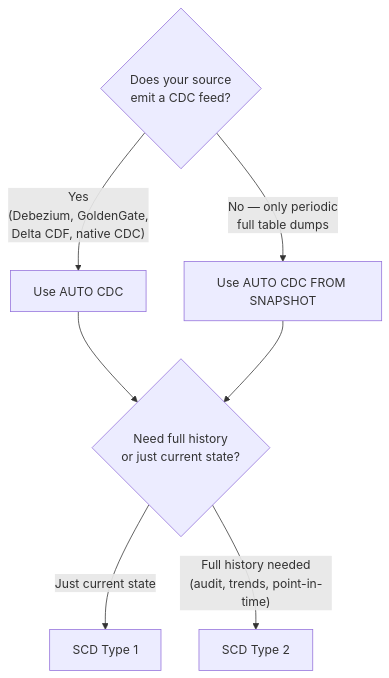
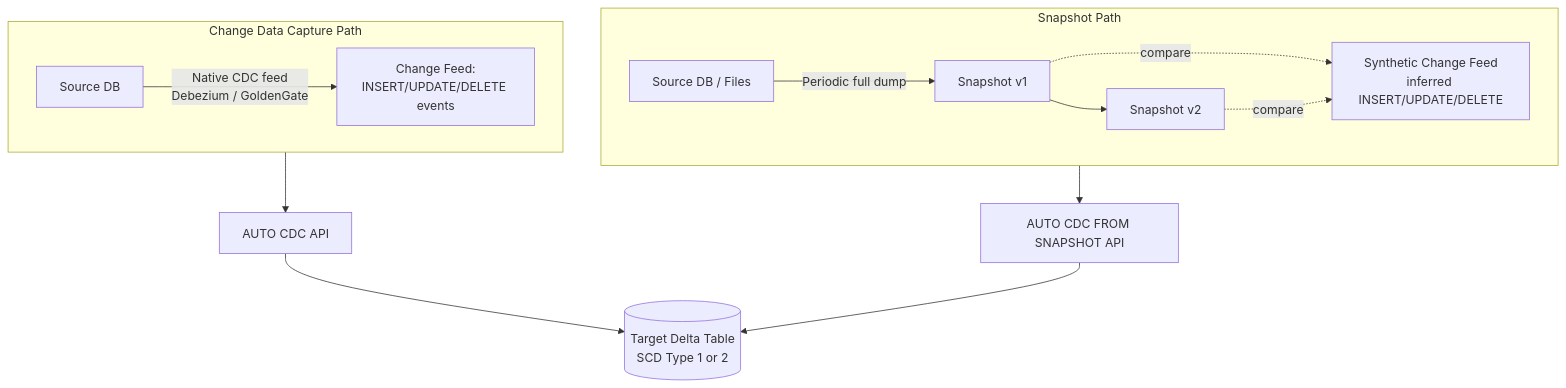
Before and after one commit to Panther010/learning: the third of 3 diagrams in Documents/Theory_and_concepts/databricks/databricks.md, drawn with Mermaid. The commit also changed other lines of this file and 2 other files, not shown here.

Commit message:
Auto-commit for databricks and lakeflow details on 2026-08-13 11:58:28

````diff
--- a/Documents/Theory_and_concepts/databricks/databricks.md
+++ b/Documents/Theory_and_concepts/databricks/databricks.md
@@ -245,9 +234,17 @@
 ```mermaid
-flowchart TD
-    A{"Does your source<br/>emit a CDC feed?"} -->|"Yes<br/>(Debezium, GoldenGate,<br/>Delta CDF, native CDC)"| B["Use AUTO CDC"]
-    A -->|"No — only periodic<br/>full table dumps"| C["Use AUTO CDC FROM SNAPSHOT"]
-    B --> D{"Need full history<br/>or just current state?"}
-    C --> D
-    D -->|"Just current state"| E["SCD Type 1"]
-    D -->|"Full history needed<br/>(audit, trends, point-in-time)"| F["SCD Type 2"]
+flowchart TB
+    subgraph CDC["Change Data Capture Path"]
+    direction LR
+    S1[Source DB] -->|"Native CDC feed<br/>Debezium / GoldenGate"| CF["Change Feed:<br/>INSERT/UPDATE/DELETE events"]
+    end
+    subgraph SNAP["Snapshot Path"]
+    direction LR
+    S2[Source DB / Files] -->|Periodic full dump| SN1[Snapshot v1] --> SN2[Snapshot v2]
+    SN1 -.compare.-> SYN["Synthetic Change Feed<br/>inferred INSERT/UPDATE/DELETE"]
+    SN2 -.compare.-> SYN
+    end
+    CF --> T[AUTO CDC API]
+    SYN --> T2[AUTO CDC FROM SNAPSHOT API]
+    T --> OUT[("Target Delta Table<br/>SCD Type 1 or 2")]
+    T2 --> OUT
 ```
````
